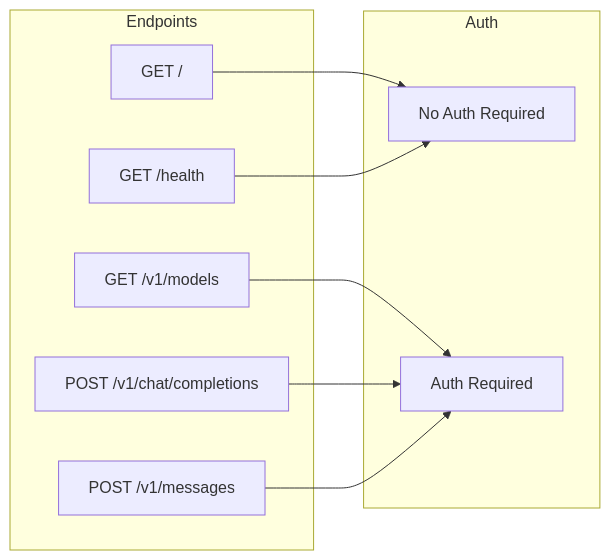
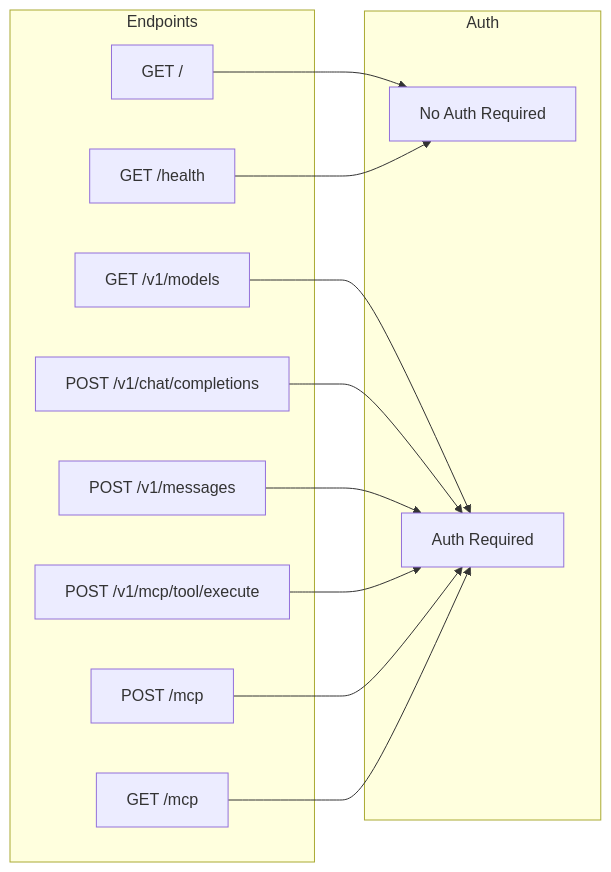
One commit to if414013/harbangan changed diagram 13 of 18 in docs/ARCHITECTURE.md. Above: the diagram before and after it, drawn with Mermaid. The commit also changed other lines of this file and 9 other files, not shown here.

````diff
--- a/docs/ARCHITECTURE.md
+++ b/docs/ARCHITECTURE.md
@@ -513,21 +737,27 @@
 ```mermaid
 flowchart LR
     subgraph Endpoints
         ROOT["GET /"]
         HEALTH["GET /health"]
         MODELS["GET /v1/models"]
         CHAT["POST /v1/chat/completions"]
         MESSAGES["POST /v1/messages"]
+        MCP_EXEC["POST /v1/mcp/tool/execute"]
+        MCP_RPC["POST /mcp"]
+        MCP_SSE["GET /mcp"]
     end
 
     subgraph Auth
         NOAUTH[No Auth Required]
         AUTHREQ[Auth Required]
     end
 
     ROOT --> NOAUTH
     HEALTH --> NOAUTH
     MODELS --> AUTHREQ
     CHAT --> AUTHREQ
     MESSAGES --> AUTHREQ
+    MCP_EXEC --> AUTHREQ
+    MCP_RPC --> AUTHREQ
+    MCP_SSE --> AUTHREQ
 ```
````
